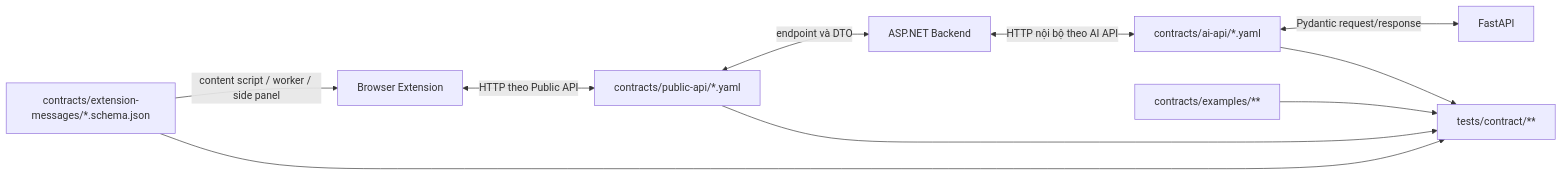
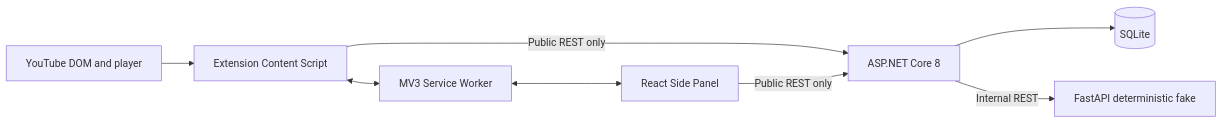
The second of 2 diagrams in docs/architecture/repository-map.md (tungnguyen1208/StudylensAI), drawn with Mermaid before and after one commit. The commit also changed other lines of this file and 141 other files, not shown here.

````diff
--- a/docs/architecture/repository-map.md
+++ b/docs/architecture/repository-map.md
@@ -102,21 +46,10 @@
 ```mermaid
 flowchart LR
-    EXT[Browser Extension]
-    PUB[contracts/public-api/*.yaml]
-    API[ASP.NET Backend]
-    INT[contracts/ai-api/*.yaml]
-    AI[FastAPI]
-    MSG[contracts/extension-messages/*.schema.json]
-    FIX[contracts/examples/**]
-    TEST[tests/contract/**]
-
-    EXT <-->|HTTP theo Public API| PUB
-    PUB <-->|endpoint và DTO| API
-    API <-->|HTTP nội bộ theo AI API| INT
-    INT <-->|Pydantic request/response| AI
-    MSG -->|content script / worker / side panel| EXT
-    FIX --> TEST
-    PUB --> TEST
-    INT --> TEST
-    MSG --> TEST
+    YT[YouTube DOM and player] --> CS[Extension Content Script]
+    CS <--> SW[MV3 Service Worker]
+    SW <--> SP[React Side Panel]
+    CS -->|Public REST only| API[ASP.NET Core 8]
+    SP -->|Public REST only| API
+    API --> DB[(SQLite)]
+    API -->|Internal REST| AI[FastAPI deterministic fake]
 ```
````
